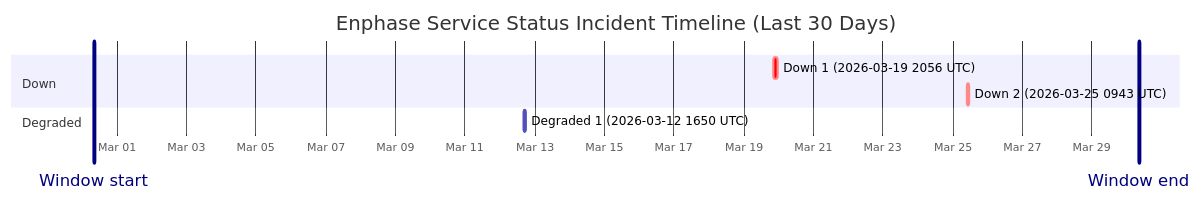
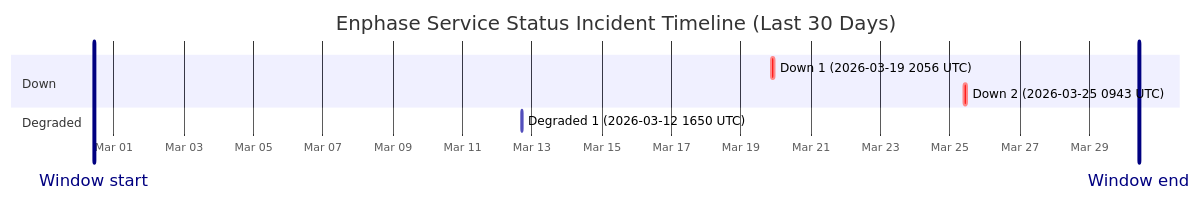
The diagram in wiki/Service-Status-History.md (barneyonline/ha-enphase-ev-charger), drawn with Mermaid before and after one commit. The commit also changed other lines of this file and 3 other files, not shown here.

````diff
--- a/wiki/Service-Status-History.md
+++ b/wiki/Service-Status-History.md
@@ -14,13 +14,13 @@
 ```mermaid
 gantt
     title Enphase Service Status Incident Timeline (Last 30 Days)
     dateFormat  YYYY-MM-DDTHH:mm:ss
     axisFormat  %b %d
-    Window start :vert, window-start, 2026-02-28T08:17:01, 0ms
-    Window end :vert, window-end, 2026-03-30T08:17:01, 0ms
+    Window start :vert, window-start, 2026-02-28T10:07:26, 0ms
+    Window end :vert, window-end, 2026-03-30T10:07:26, 0ms
     section Down
     Down 1 (2026-03-19 2056 UTC) :crit, down-1, 2026-03-19T20:56:20, 145m
     Down 2 (2026-03-25 0943 UTC) :crit, down-2, 2026-03-25T09:43:28, 111m
     section Degraded
     Degraded 1 (2026-03-12 1650 UTC) :active, degraded-1, 2026-03-12T16:50:43, 60m
 ```
````
